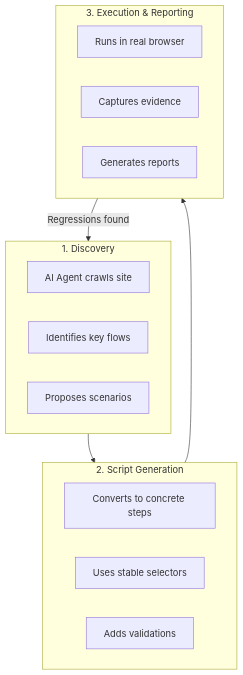
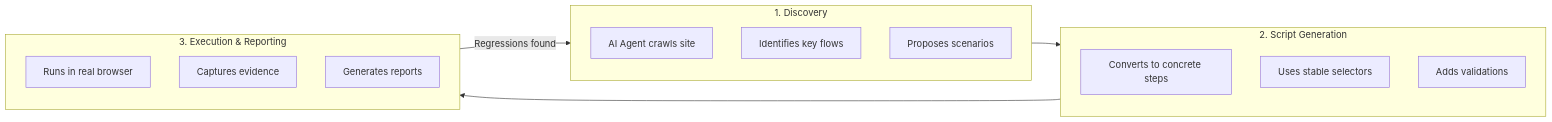
The first of 2 diagrams in concepts/how-muggle-test-works.md (multiplex-ai/muggle-ai-docs), drawn with Mermaid before and after one commit. The commit also changed 3 other files, not shown here.

Commit message:
docs: update flowchart directions and formatting across multiple documentation files for improved clarity and consistency

````diff
--- a/concepts/how-muggle-test-works.md
+++ b/concepts/how-muggle-test-works.md
@@ -9,24 +9,27 @@
 ```mermaid
-flowchart TD
+flowchart LR
     subgraph discovery["1. Discovery"]
+        direction TB
         crawl["AI Agent crawls site"]
         identify["Identifies key flows"]
         propose["Proposes scenarios"]
     end
     
     subgraph generation["2. Script Generation"]
+        direction TB
         steps["Converts to concrete steps"]
         selectors["Uses stable selectors"]
         assertions["Adds validations"]
     end
     
     subgraph execution["3. Execution & Reporting"]
+        direction TB
         run["Runs in real browser"]
         capture["Captures evidence"]
         report["Generates reports"]
     end
     
     discovery --> generation
     generation --> execution
-    execution -->|Regressions found| discovery
+    execution -->|"Regressions found"| discovery
 ```
````
